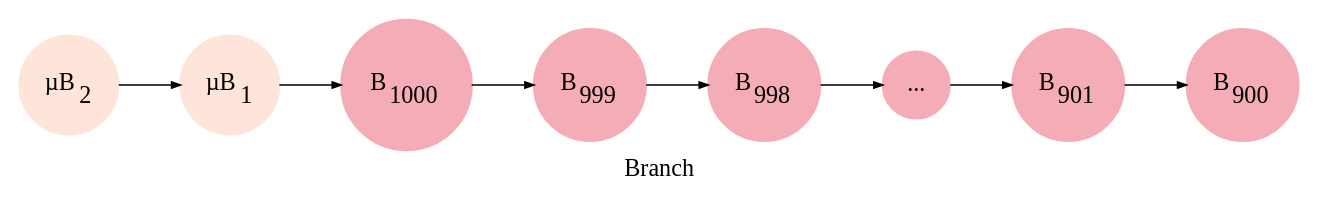
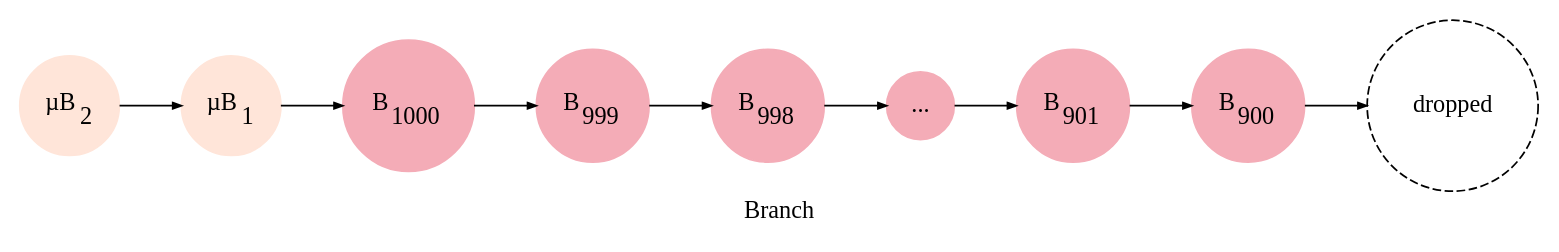
The diagram in docs/images/wni-branch.dot (wavesplatform/matcher), drawn with Graphviz before and after one commit. The commit also changed 8 other files, not shown here.

```diff
--- a/docs/images/wni-branch.dot
+++ b/docs/images/wni-branch.dot
@@ -1,18 +1,19 @@
 // @formatter:off
 digraph NodeBranch {
   graph [label="Branch", newrank="true", rankdir=LR, compound=true]
   node [shape="circle"]
   edge [fontsize=11, arrowsize=0.5]
 
   MB2 [label=<&micro;B<sub>2</sub>>, style="filled", color="#FFE5D9"]
   MB1 [label=<&micro;B<sub>1</sub>>, style="filled", color="#FFE5D9"]
 
   B1000 [label=<B<sub>1000</sub>>, style="filled", color="#F4ACB7"]
   B999 [label=<B<sub>999</sub>>, style="filled", color="#F4ACB7"]
   B998 [label=<B<sub>998</sub>>, style="filled", color="#F4ACB7"]
   Betc [label="...", style="filled", color="#F4ACB7"]
   B901 [label=<B<sub>901</sub>>, style="filled", color="#F4ACB7"]
   B900 [label=<B<sub>900</sub>>, style="filled", color="#F4ACB7"]
+  B899 [label="dropped", style="dashed"]
 
-  MB2 -> MB1 -> B1000 -> B999 -> B998 -> Betc -> B901 -> B900
+  MB2 -> MB1 -> B1000 -> B999 -> B998 -> Betc -> B901 -> B900 -> B899
 }
```
